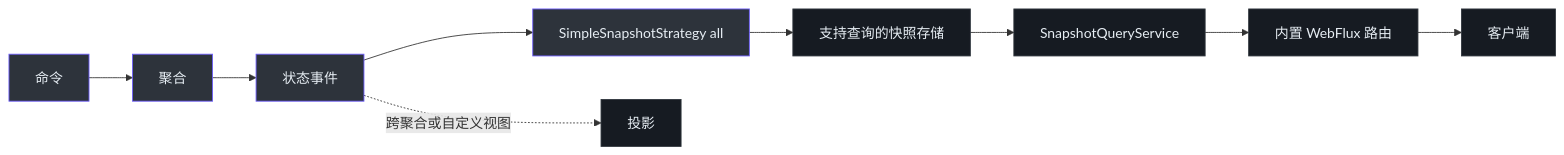
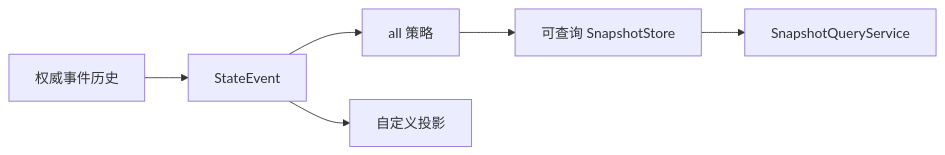
The third of 3 diagrams in documentation/docs/zh/guide/snapshot.md (Ahoo-Wang/Wow), drawn with Mermaid before and after one commit. The commit also changed other lines of this file and 166 other files, not shown here.

````diff
--- a/documentation/docs/zh/guide/snapshot.md
+++ b/documentation/docs/zh/guide/snapshot.md
@@ -207,16 +150,8 @@
 ```mermaid
 flowchart LR
-    Command[命令] --> Aggregate[聚合]
-    Aggregate --> Event[状态事件]
-    Event --> Strategy[SimpleSnapshotStrategy all]
-    Strategy --> Store[支持查询的快照存储]
-    Store --> Service[SnapshotQueryService]
-    Service --> Routes[内置 WebFlux 路由]
-    Routes --> Client[客户端]
-    Event -. 跨聚合或自定义视图 .-> Projection[投影]
-
-    classDef primary fill:#2d333b,stroke:#6d5dfc,color:#e6edf3
-    classDef secondary fill:#161b22,stroke:#30363d,color:#e6edf3
-    class Command,Aggregate,Event,Strategy primary
-    class Store,Service,Routes,Client,Projection secondary
+    EventHistory[权威事件历史] --> StateEvent
+    StateEvent --> Strategy[all 策略]
+    Strategy --> SnapshotStore[可查询 SnapshotStore]
+    SnapshotStore --> Query[SnapshotQueryService]
+    StateEvent --> Projection[自定义投影]
 ```
````
